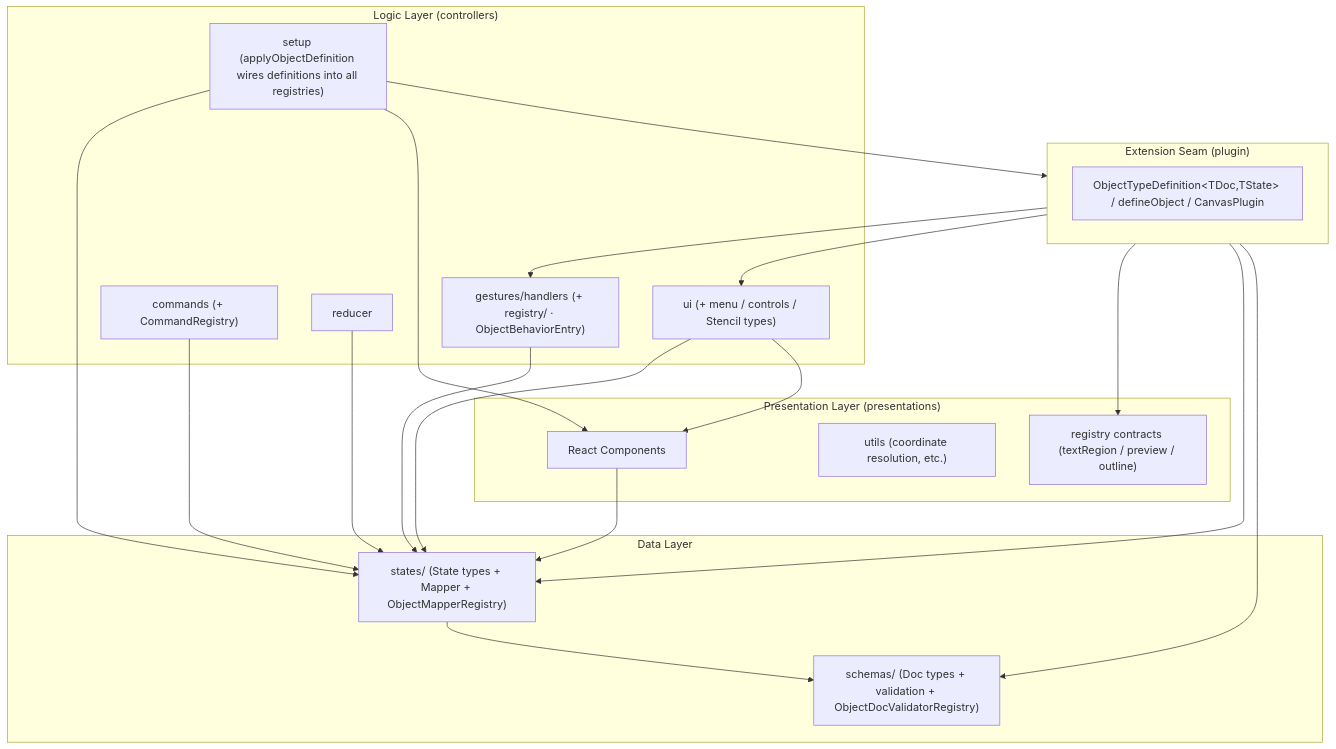
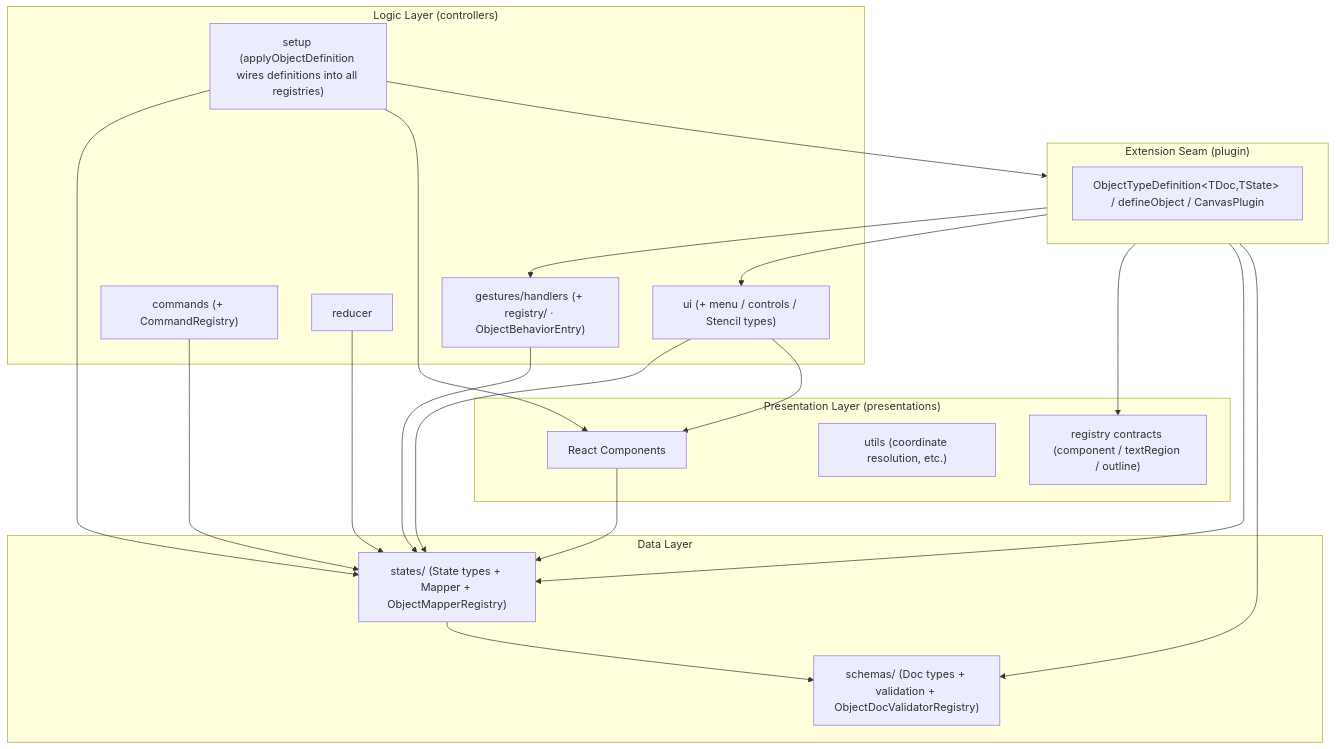
One commit to gznnk/jiscribe changed the diagram in packages/canvas/docs/02-architecture.md. Above: the diagram before and after it, drawn with Mermaid. The commit also changed other lines of this file and 1 other file, not shown here.

First line of the commit message:
docs(canvas): 02-architecture から廃止済み ShapePreviewRegistry の記載を除去

````diff
--- a/packages/canvas/docs/02-architecture.md
+++ b/packages/canvas/docs/02-architecture.md
@@ -112,41 +112,41 @@
 ```mermaid
 graph TD
     subgraph Plugin["Extension Seam (plugin)"]
         PluginVocab["ObjectTypeDefinition&lt;TDoc,TState&gt; / defineObject / CanvasPlugin"]
     end
     subgraph Presentations["Presentation Layer (presentations)"]
         PresentationComponents["React Components"]
         PresentationUtils["utils (coordinate resolution, etc.)"]
-        PresentationRegistryTypes["registry contracts (textRegion / preview / outline)"]
+        PresentationRegistryTypes["registry contracts (component / textRegion / outline)"]
     end
     subgraph Controllers["Logic Layer (controllers)"]
         Gestures["gestures/handlers (+ registry/ · ObjectBehaviorEntry)"]
         Commands["commands (+ CommandRegistry)"]
         Reducer["reducer"]
         UI["ui (+ menu / controls / Stencil types)"]
         Setup["setup (applyObjectDefinition wires definitions into all registries)"]
     end
     subgraph States["Data Layer"]
         StatesTypes["states/ (State types + Mapper + ObjectMapperRegistry)"]
         SchemasTypes["schemas/ (Doc types + validation + ObjectDocValidatorRegistry)"]
     end
 
     PresentationComponents --> StatesTypes
     Gestures --> StatesTypes
     Commands --> StatesTypes
     Reducer --> StatesTypes
     UI --> StatesTypes
     UI --> PresentationComponents
     Setup --> StatesTypes
     Setup --> PresentationComponents
     StatesTypes --> SchemasTypes
 
     %% plugin aggregates the type contract of every layer; setup consumes it.
     %% Setup -> Plugin plus Plugin -> Gestures/UI = controllers <-> plugin.
     Setup --> Plugin
     Plugin --> Gestures
     Plugin --> UI
     Plugin --> PresentationRegistryTypes
     Plugin --> StatesTypes
     Plugin --> SchemasTypes
 ```
````
